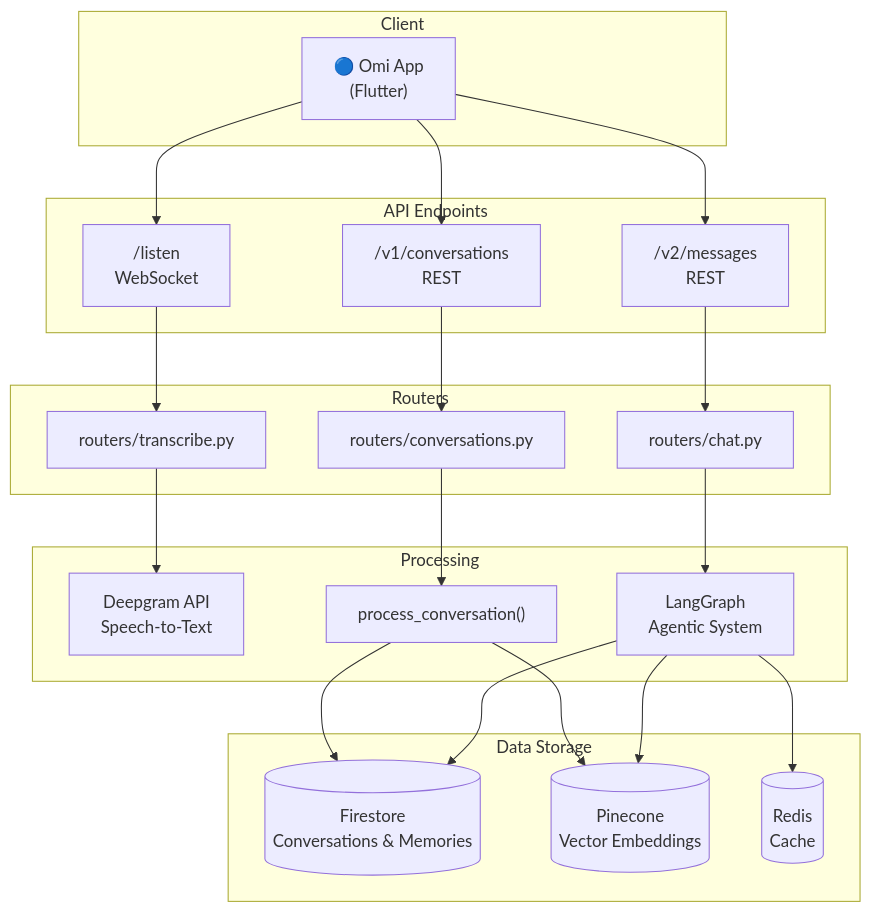
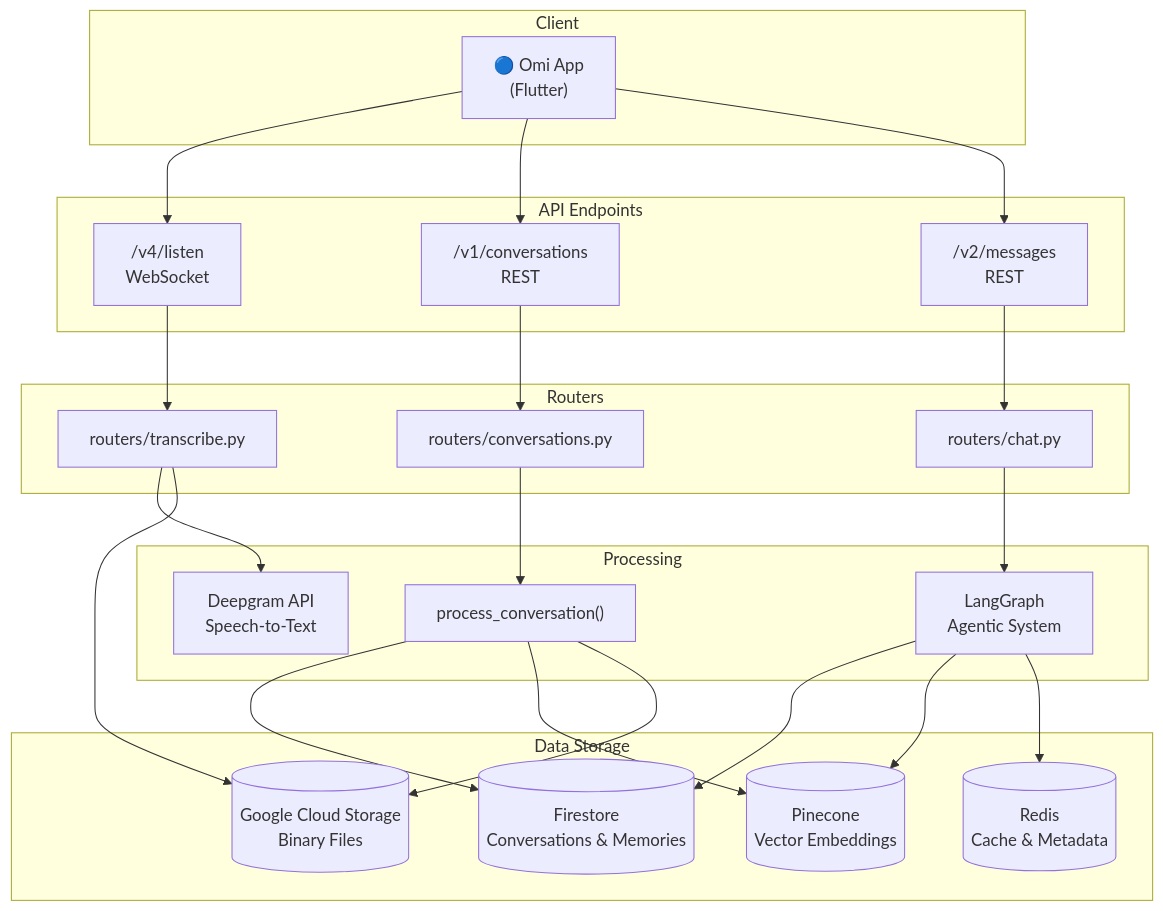
The first of 4 diagrams in docs/doc/developer/backend/backend_deepdive.mdx (DG303/omi), drawn with Mermaid before and after one commit. The commit also changed other lines of this file, not shown here.

First line of the commit message:
docs: update backend deep dive documentation with API and storage enhancements

````diff
--- a/docs/doc/developer/backend/backend_deepdive.mdx
+++ b/docs/doc/developer/backend/backend_deepdive.mdx
@@ -31,48 +31,51 @@
 ```mermaid
 flowchart TD
     subgraph Client
         App["🔵 Omi App<br/>(Flutter)"]
     end
 
     subgraph API["API Endpoints"]
-        WS["/listen<br/>WebSocket"]
+        WS["/v4/listen<br/>WebSocket"]
         Conv["/v1/conversations<br/>REST"]
         Chat["/v2/messages<br/>REST"]
     end
 
     subgraph Routers
         Trans["routers/transcribe.py"]
         ConvR["routers/conversations.py"]
         ChatR["routers/chat.py"]
     end
 
     subgraph Processing
         DG["Deepgram API<br/>Speech-to-Text"]
         PC["process_conversation()"]
         LG["LangGraph<br/>Agentic System"]
     end
 
     subgraph Storage["Data Storage"]
         FS[("Firestore<br/>Conversations & Memories")]
         Pine[("Pinecone<br/>Vector Embeddings")]
-        Redis[("Redis<br/>Cache")]
+        Redis[("Redis<br/>Cache & Metadata")]
+        GCS[("Google Cloud Storage<br/>Binary Files")]
     end
 
     App --> WS
     App --> Conv
     App --> Chat
 
     WS --> Trans
     Conv --> ConvR
     Chat --> ChatR
 
     Trans --> DG
     ConvR --> PC
     ChatR --> LG
 
     PC --> FS
     PC --> Pine
+    PC --> GCS
     LG --> FS
     LG --> Pine
     LG --> Redis
+    Trans --> GCS
 ```
````
